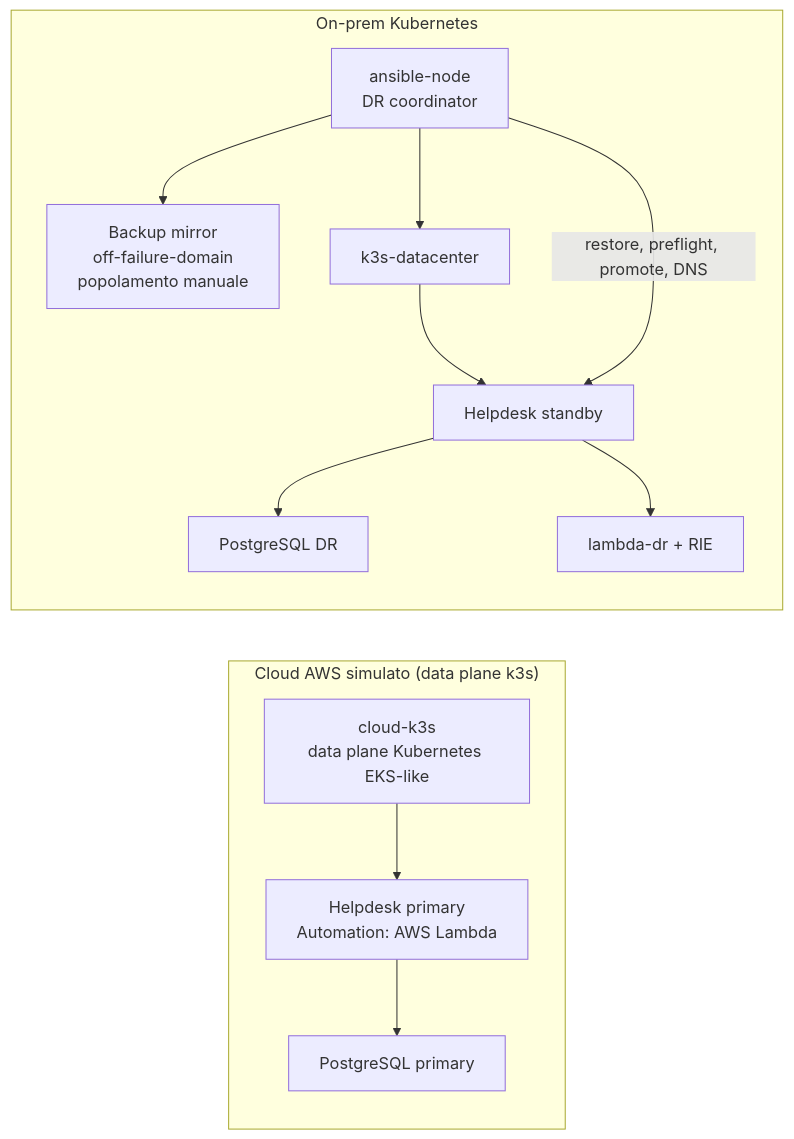
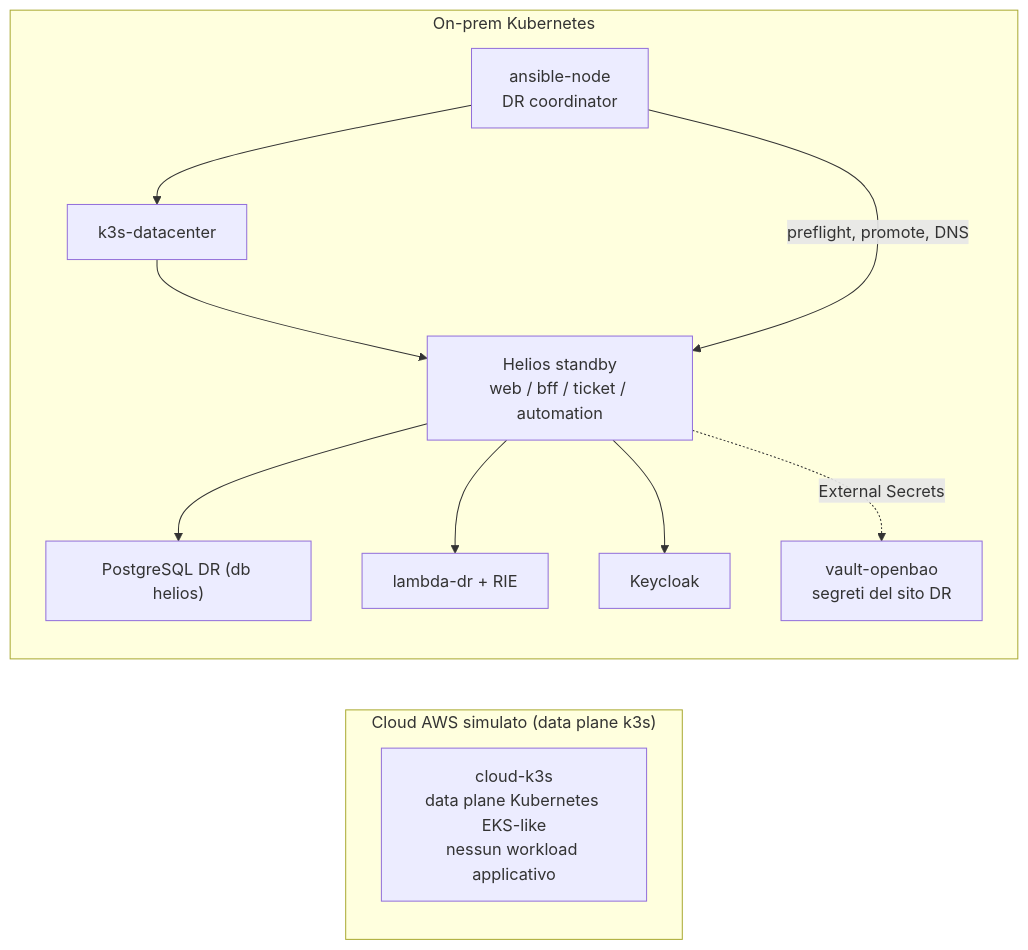
The diagram in automazione/RUNBOOK_SCENARIO_REALE.md (LucaCatalano23/MultiCloud-strategy---Reverse-DR), drawn with Mermaid before and after one commit. The commit also changed other lines of this file and 11 other files, not shown here.

````diff
--- a/automazione/RUNBOOK_SCENARIO_REALE.md
+++ b/automazione/RUNBOOK_SCENARIO_REALE.md
@@ -7,24 +7,23 @@
 ```mermaid
 flowchart LR
   subgraph cloud["Cloud AWS simulato (data plane k3s)"]
-    eks["cloud-k3s\ndata plane Kubernetes EKS-like"]
-    pgc["PostgreSQL primary"]
-    appc["Helpdesk primary\nAutomation: AWS Lambda"]
-    eks --> appc --> pgc
+    eks["cloud-k3s\ndata plane Kubernetes EKS-like\nnessun workload applicativo"]
   end
 
   subgraph onprem["On-prem Kubernetes"]
     ans["ansible-node\nDR coordinator"]
-    mirror["Backup mirror\noff-failure-domain\npopolamento manuale"]
+    vault["vault-openbao\nsegreti del sito DR"]
     k3s["k3s-datacenter"]
-    appdr["Helpdesk standby"]
+    appdr["Helios standby\nweb / bff / ticket / automation"]
     lambdadr["lambda-dr + RIE"]
-    pgdr["PostgreSQL DR"]
-    ans --> mirror
+    pgdr["PostgreSQL DR (db helios)"]
+    kc["Keycloak"]
     ans --> k3s
     k3s --> appdr --> pgdr
     appdr --> lambdadr
+    appdr --> kc
+    appdr -. "External Secrets" .-> vault
   end
 
-  ans -->|"restore, preflight, promote, DNS"| appdr
+  ans -->|"preflight, promote, DNS"| appdr
 ```
````
